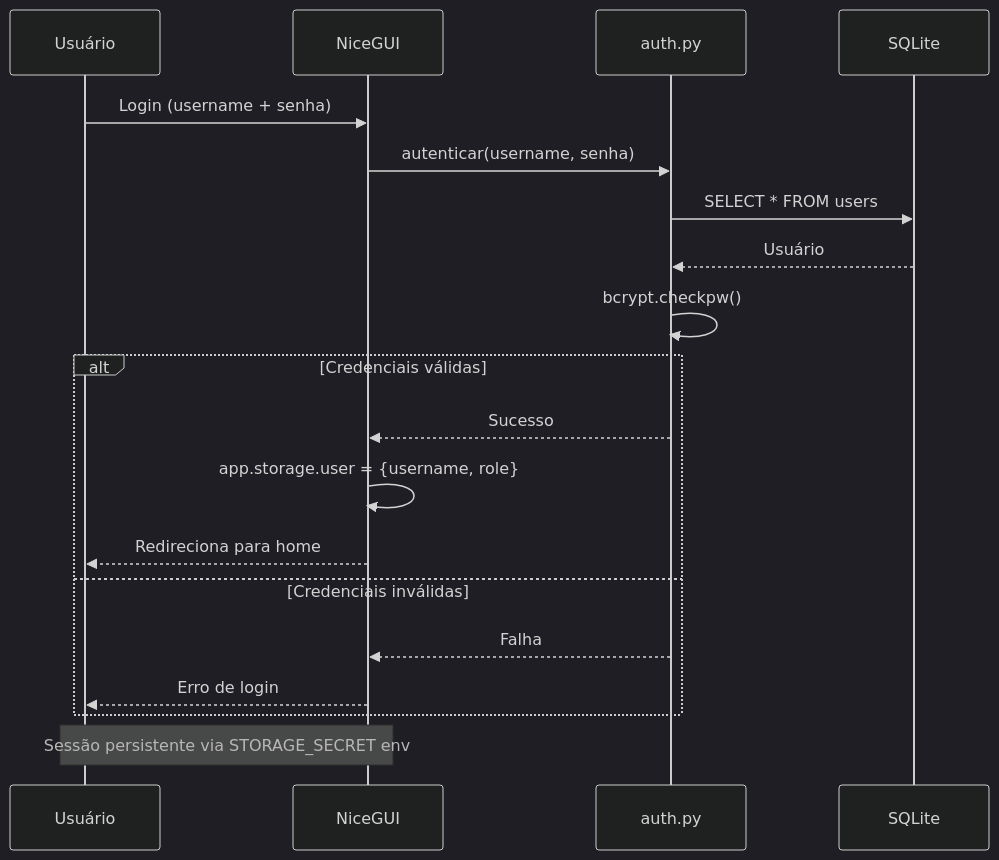
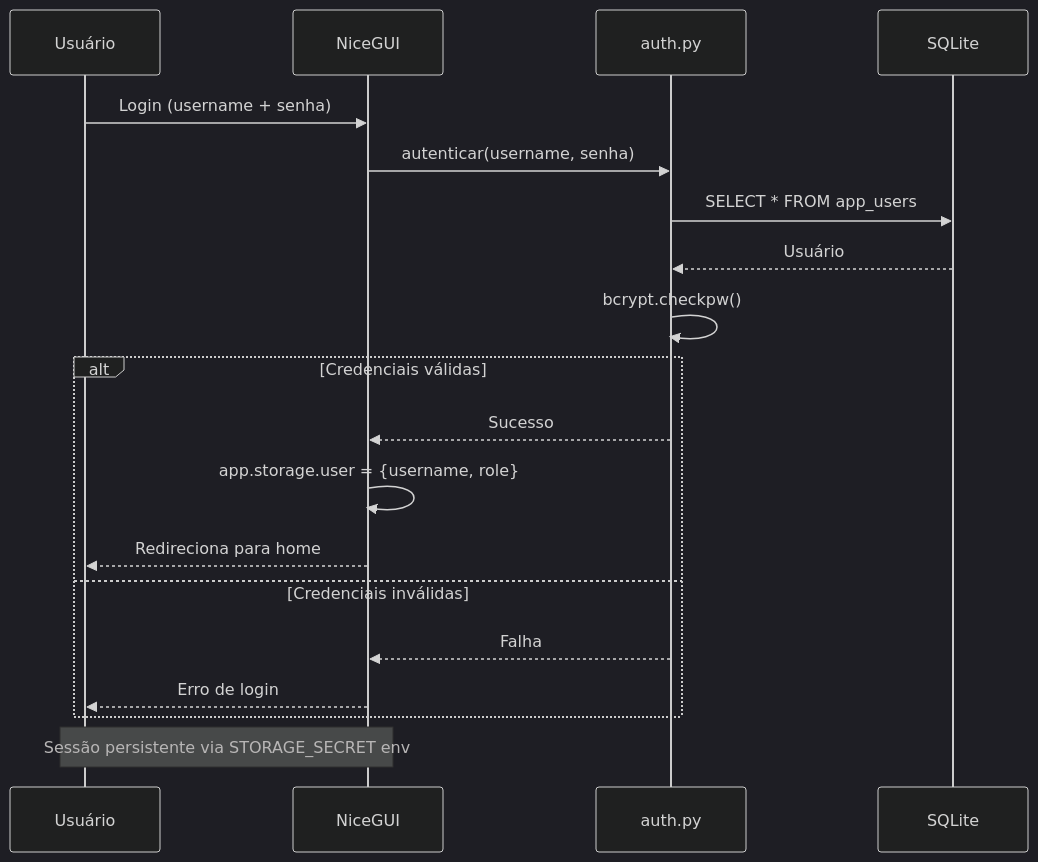
Before and after one commit to hiseg10/sysava-nicegui: the seventh of 7 diagrams in docs/PERSISTENCIA.md, drawn with Mermaid (dark theme). The commit also changed 23 other files, not shown here.

First line of the commit message:
feat: multi-alvo Supabase + app_users herdeiro + compat com schema legado Streamlit

````diff
--- a/docs/PERSISTENCIA.md
+++ b/docs/PERSISTENCIA.md
@@ -301,24 +301,24 @@
 ```mermaid
 sequenceDiagram
     participant U as Usuário
     participant UI as NiceGUI
     participant AUTH as auth.py
     participant DB as SQLite
 
     U->>UI: Login (username + senha)
     UI->>AUTH: autenticar(username, senha)
-    AUTH->>DB: SELECT * FROM users
+    AUTH->>DB: SELECT * FROM app_users
     DB-->>AUTH: Usuário
     AUTH->>AUTH: bcrypt.checkpw()
 
     alt Credenciais válidas
         AUTH-->>UI: Sucesso
         UI->>UI: app.storage.user = {username, role}
         UI-->>U: Redireciona para home
     else Credenciais inválidas
         AUTH-->>UI: Falha
         UI-->>U: Erro de login
     end
 
     Note over U,UI: Sessão persistente via STORAGE_SECRET env
 ```
````
